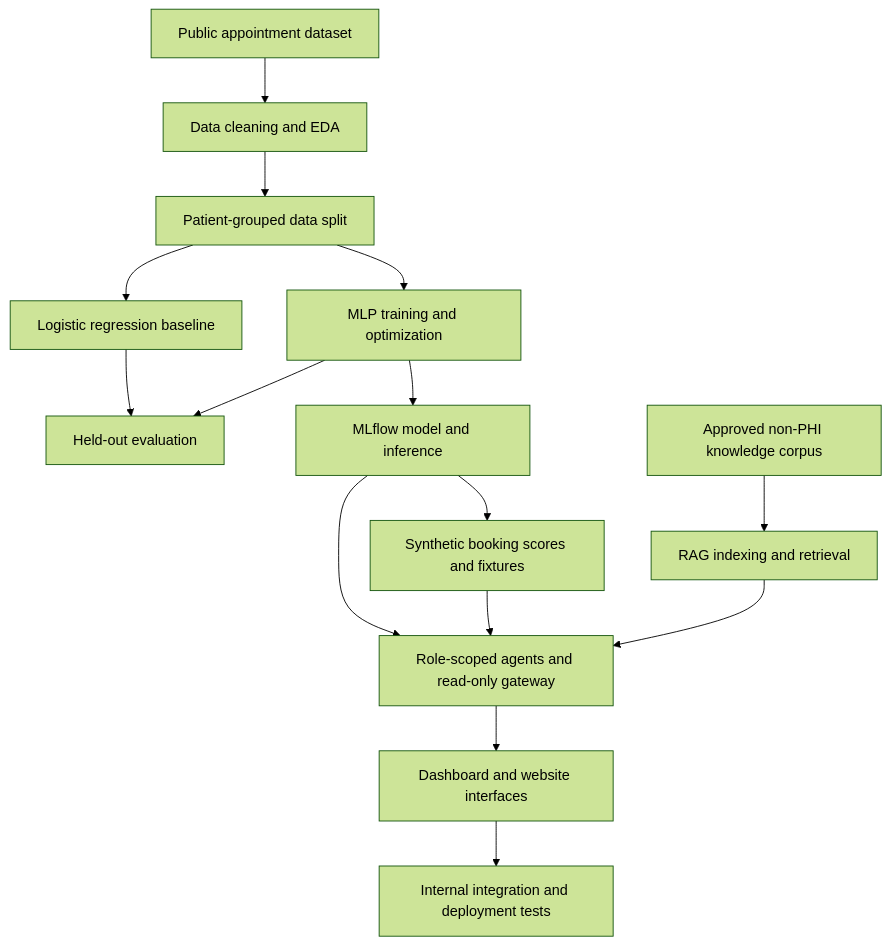
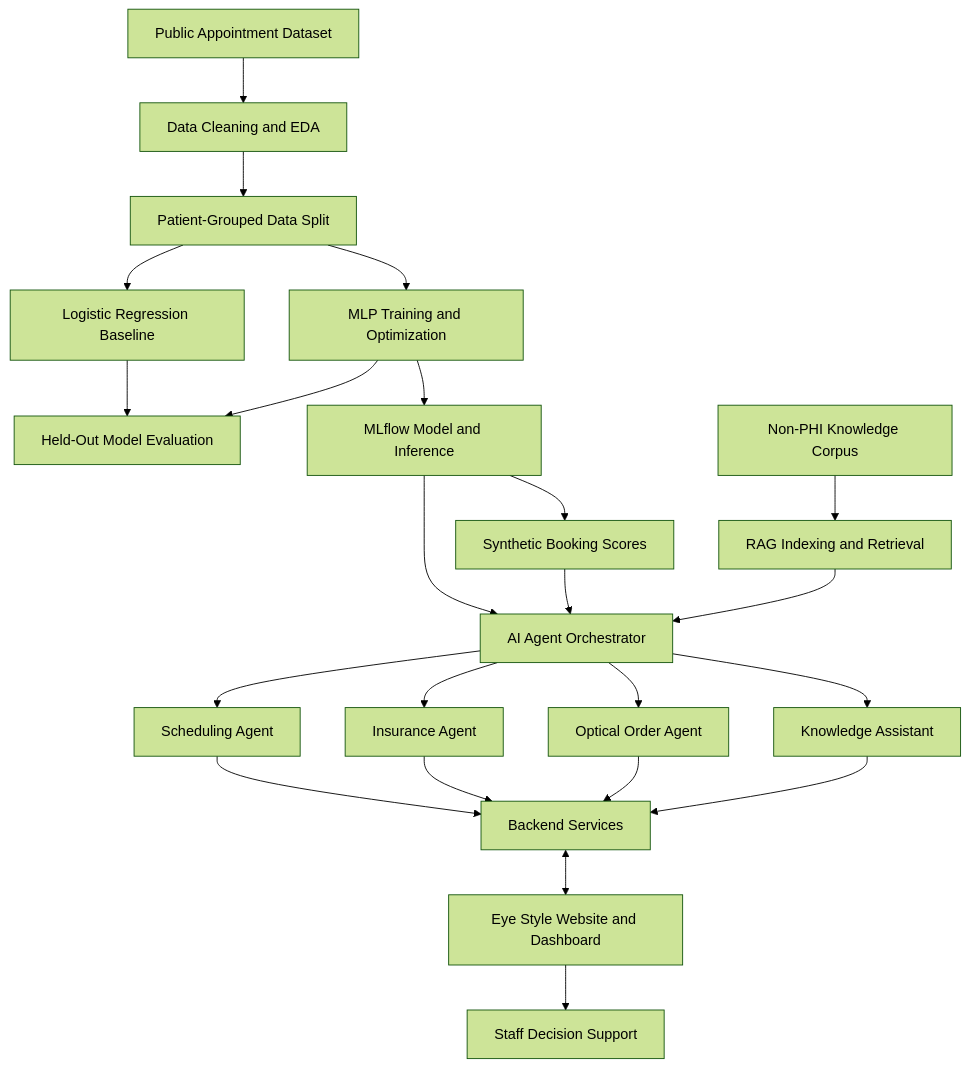
The diagram in README.md (Tom123454321876/USD-AAI590-Capstone), drawn with Mermaid (forest theme) before and after one commit. The commit also changed other lines of this file, not shown here.

````diff
--- a/README.md
+++ b/README.md
@@ -38,17 +121,25 @@
 ```mermaid
 flowchart TD
-    A[Public appointment dataset] --> B[Data cleaning and EDA]
-    B --> C[Patient-grouped data split]
-    C --> D[Logistic regression baseline]
-    C --> E[MLP training and optimization]
-    D --> F[Held-out evaluation]
+    A[Public Appointment Dataset] --> B[Data Cleaning and EDA]
+    B --> C[Patient-Grouped Data Split]
+    C --> D[Logistic Regression Baseline]
+    C --> E[MLP Training and Optimization]
+    D --> F[Held-Out Model Evaluation]
     E --> F
-    E --> G[MLflow model and inference]
-    G --> H[Synthetic booking scores and fixtures]
-    I[Approved non-PHI knowledge corpus] --> J[RAG indexing and retrieval]
-    G --> K[Role-scoped agents and read-only gateway]
+    E --> G[MLflow Model and Inference]
+    G --> H[Synthetic Booking Scores]
+    I[Non-PHI Knowledge Corpus] --> J[RAG Indexing and Retrieval]
+    G --> K[AI Agent Orchestrator]
     H --> K
     J --> K
-    K --> L[Dashboard and website interfaces]
-    L --> M[Internal integration and deployment tests]
+    K --> L[Scheduling Agent]
+    K --> M[Insurance Agent]
+    K --> N[Optical Order Agent]
+    K --> O[Knowledge Assistant]
+    L --> P[Backend Services]
+    M --> P
+    N --> P
+    O --> P
+    P <--> Q[Eye Style Website and Dashboard]
+    Q --> R[Staff Decision Support]
 ```
````
